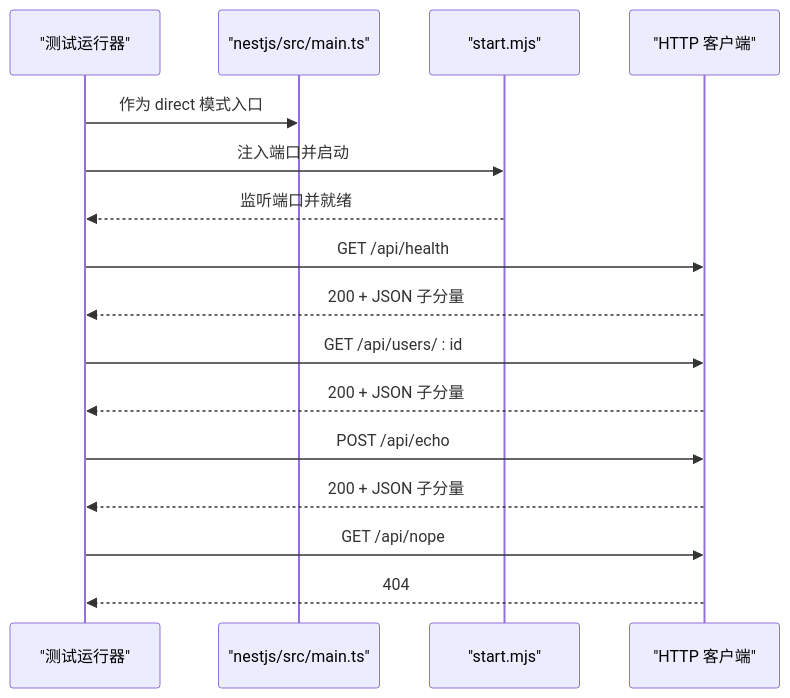
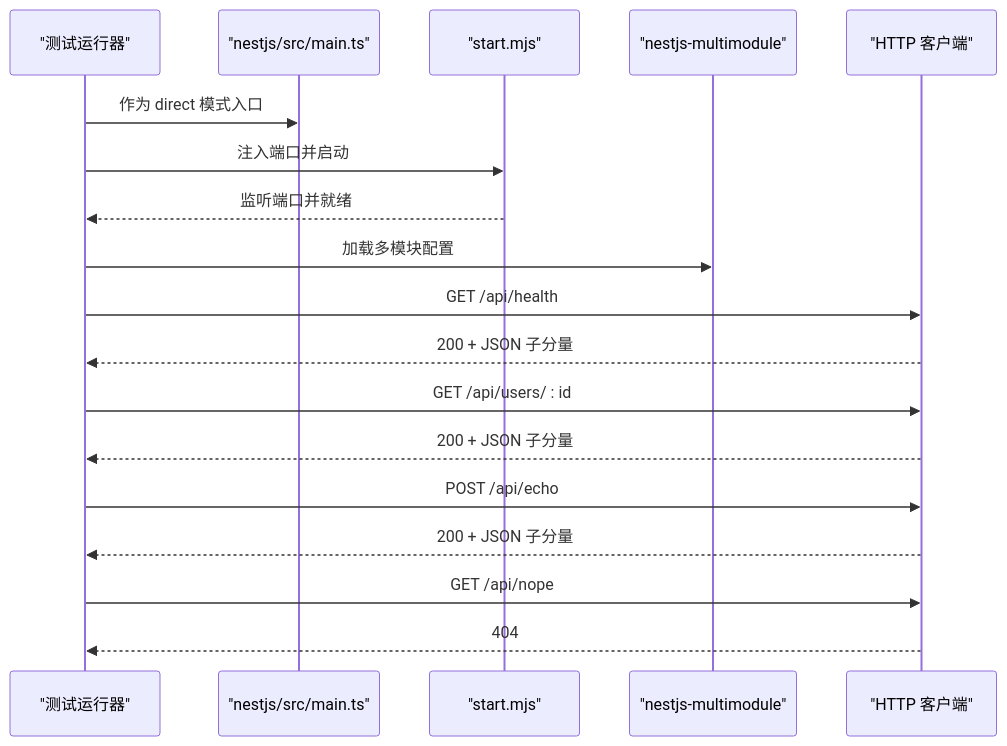
Before and after one commit to esa-sp/test-for-aone-ci: the sixth of 8 diagrams in .qoder/repowiki/zh/content/后端框架测试/后端框架测试套件.md, drawn with Mermaid. The commit also changed other lines of this file and 58 other files, not shown here.

````diff
--- a/.qoder/repowiki/zh/content/后端框架测试/后端框架测试套件.md
+++ b/.qoder/repowiki/zh/content/后端框架测试/后端框架测试套件.md
@@ -235,18 +308,20 @@
 ```mermaid
 sequenceDiagram
 participant Runner as "测试运行器"
 participant Entry as "nestjs/src/main.ts"
 participant StartMJS as "start.mjs"
+participant MultiModule as "nestjs-multimodule"
 participant HTTP as "HTTP 客户端"
 Runner->>Entry : 作为 direct 模式入口
 Runner->>StartMJS : 注入端口并启动
 StartMJS-->>Runner : 监听端口并就绪
+Runner->>MultiModule : 加载多模块配置
 Runner->>HTTP : GET /api/health
 HTTP-->>Runner : 200 + JSON 子分量
 Runner->>HTTP : GET /api/users/ : id
 HTTP-->>Runner : 200 + JSON 子分量
 Runner->>HTTP : POST /api/echo
 HTTP-->>Runner : 200 + JSON 子分量
 Runner->>HTTP : GET /api/nope
 HTTP-->>Runner : 404
 ```
````
